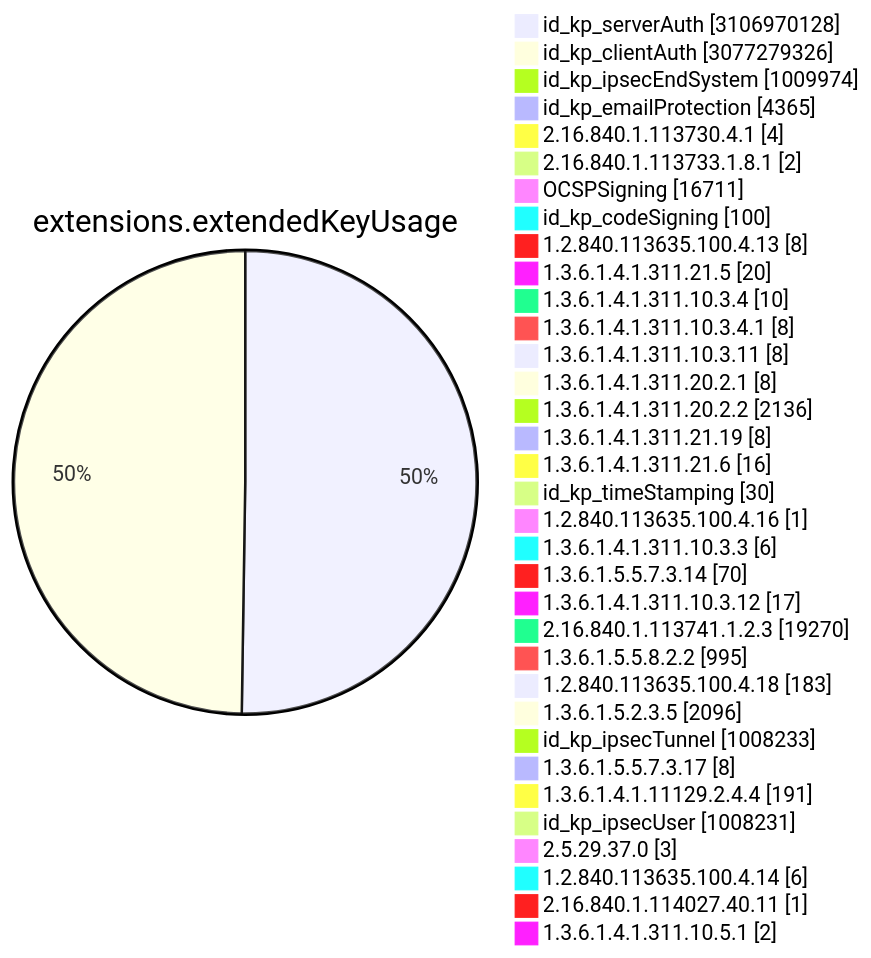
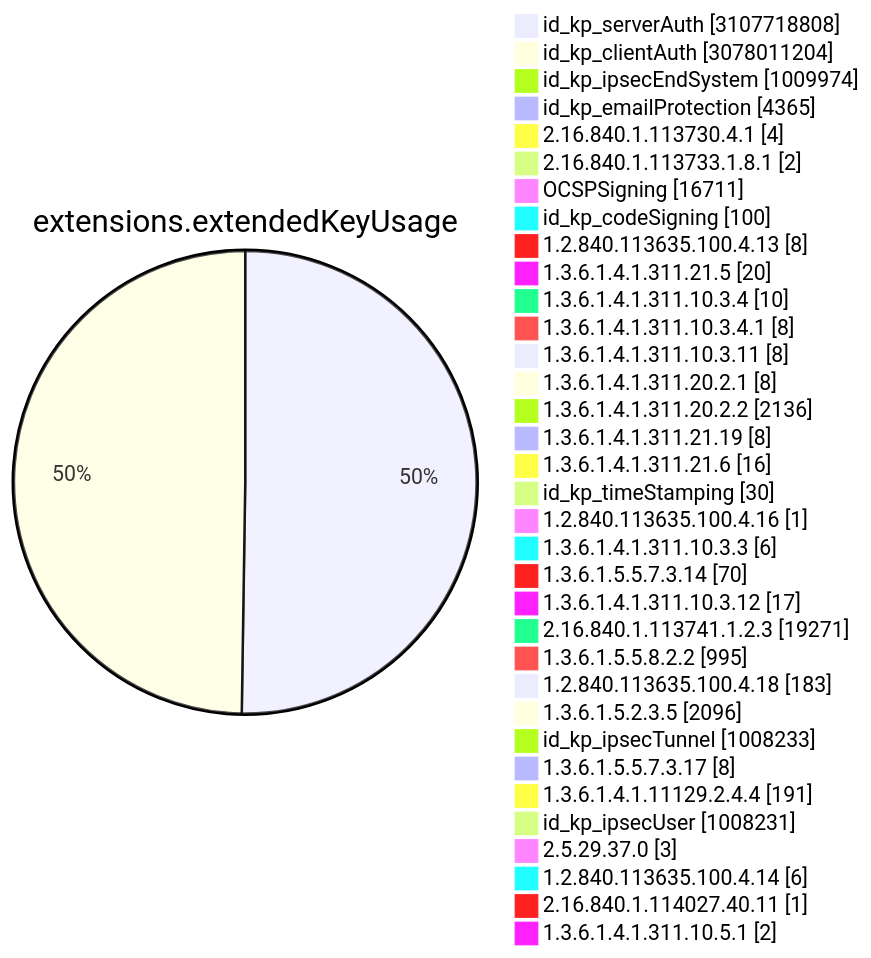
Diagram 11 of 15 in TOTAL/README.md (christiankrug/ctmonitor_visualization), drawn with Mermaid before and after one commit. The commit also changed other lines of this file, not shown here.

````diff
--- a/TOTAL/README.md
+++ b/TOTAL/README.md
@@ -4117,38 +4117,38 @@
 ```mermaid
 pie showData
 title extensions.extendedKeyUsage
-"id_kp_serverAuth" :3106970128
-"id_kp_clientAuth" :3077279326
+"id_kp_serverAuth" :3107718808
+"id_kp_clientAuth" :3078011204
 "id_kp_ipsecEndSystem" :1009974
 "id_kp_emailProtection" :4365
 "2.16.840.1.113730.4.1" :4
 "2.16.840.1.113733.1.8.1" :2
 "OCSPSigning" :16711
 "id_kp_codeSigning" :100
 "1.2.840.113635.100.4.13" :8
 "1.3.6.1.4.1.311.21.5" :20
 "1.3.6.1.4.1.311.10.3.4" :10
 "1.3.6.1.4.1.311.10.3.4.1" :8
 "1.3.6.1.4.1.311.10.3.11" :8
 "1.3.6.1.4.1.311.20.2.1" :8
 "1.3.6.1.4.1.311.20.2.2" :2136
 "1.3.6.1.4.1.311.21.19" :8
 "1.3.6.1.4.1.311.21.6" :16
 "id_kp_timeStamping" :30
 "1.2.840.113635.100.4.16" :1
 "1.3.6.1.4.1.311.10.3.3" :6
 "1.3.6.1.5.5.7.3.14" :70
 "1.3.6.1.4.1.311.10.3.12" :17
-"2.16.840.1.113741.1.2.3" :19270
+"2.16.840.1.113741.1.2.3" :19271
 "1.3.6.1.5.5.8.2.2" :995
 "1.2.840.113635.100.4.18" :183
 "1.3.6.1.5.2.3.5" :2096
 "id_kp_ipsecTunnel" :1008233
 "1.3.6.1.5.5.7.3.17" :8
 "1.3.6.1.4.1.11129.2.4.4" :191
 "id_kp_ipsecUser" :1008231
 "2.5.29.37.0" :3
 "1.2.840.113635.100.4.14" :6
 "2.16.840.1.114027.40.11" :1
 "1.3.6.1.4.1.311.10.5.1" :2
 ```
````
